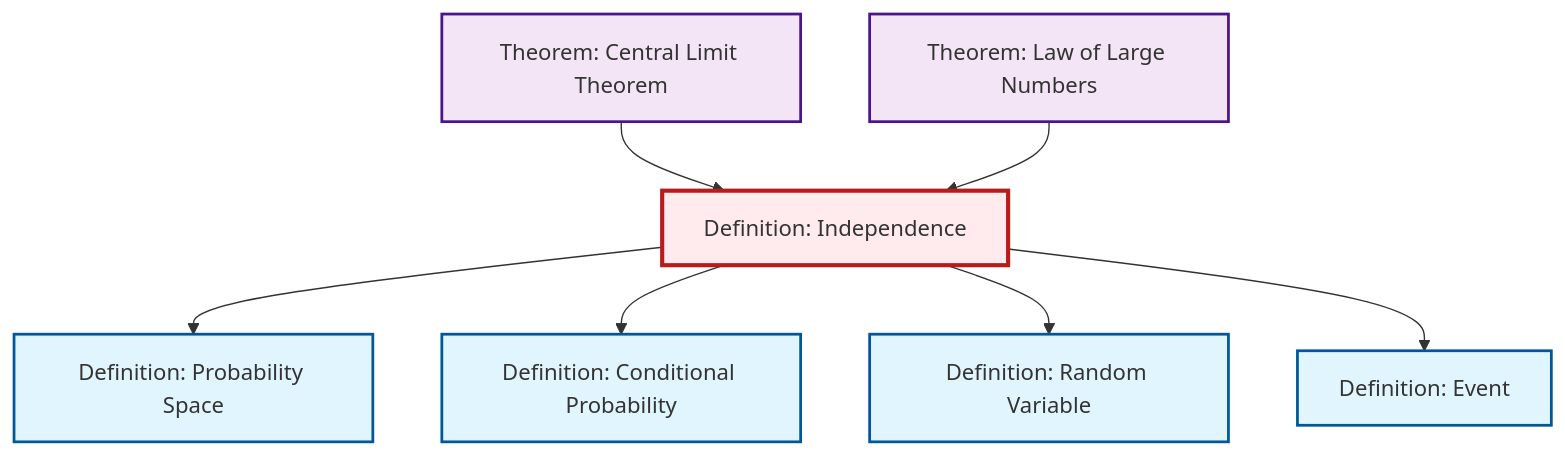
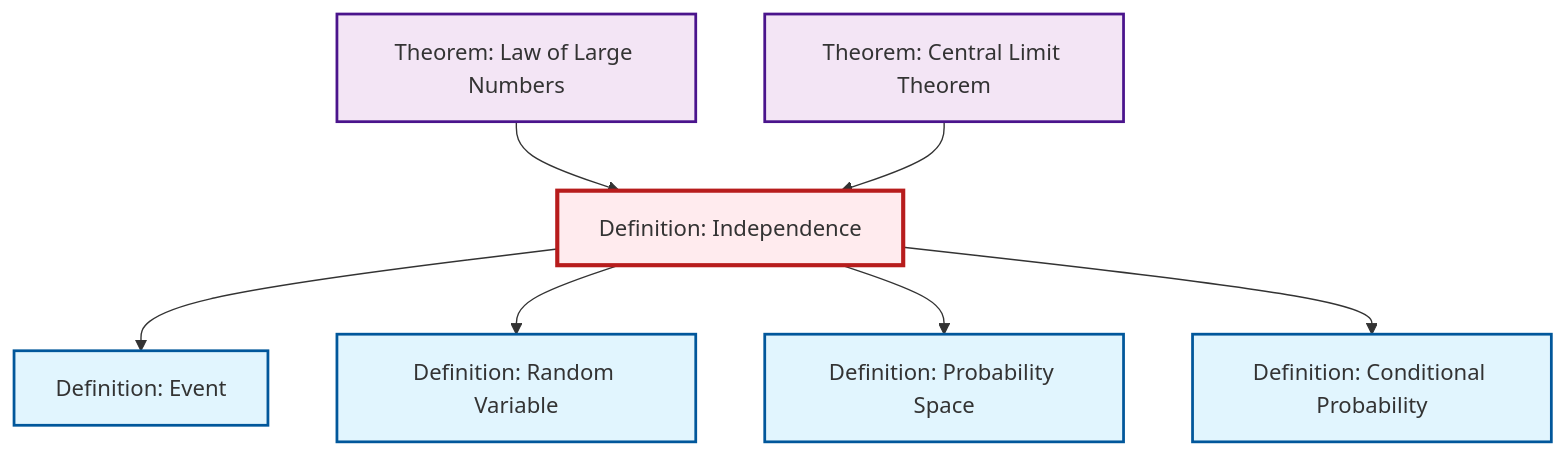
The diagram in content/en/probability-statistics/def-independence.qmd (RK0429/ModernMath), drawn with Mermaid before and after one commit. The commit also changed other lines of this file and 554 other files, not shown here.

````diff
--- a/content/en/probability-statistics/def-independence.qmd
+++ b/content/en/probability-statistics/def-independence.qmd
@@ -113,29 +113,29 @@
 ```{mermaid}
 %%| fig-cap: "Local dependency graph"
 graph TD
     classDef definition fill:#e1f5fe,stroke:#01579b,stroke-width:2px
     classDef theorem fill:#f3e5f5,stroke:#4a148c,stroke-width:2px
     classDef axiom fill:#fff3e0,stroke:#e65100,stroke-width:2px
     classDef example fill:#e8f5e9,stroke:#1b5e20,stroke-width:2px
     classDef current fill:#ffebee,stroke:#b71c1c,stroke-width:3px
+    def-event["Definition: Event"]:::definition
     def-random-variable["Definition: Random Variable"]:::definition
     thm-law-of-large-numbers["Theorem: Law of Large Numbers"]:::theorem
     def-probability-space["Definition: Probability Space"]:::definition
-    def-event["Definition: Event"]:::definition
+    thm-central-limit["Theorem: Central Limit Theorem"]:::theorem
+    def-independence["Definition: Independence"]:::definition
     def-conditional-probability["Definition: Conditional Probability"]:::definition
-    def-independence["Definition: Independence"]:::definition
-    thm-central-limit["Theorem: Central Limit Theorem"]:::theorem
-    def-independence --> def-probability-space
-    def-independence --> def-conditional-probability
-    thm-central-limit --> def-independence
+    def-independence --> def-event
     thm-law-of-large-numbers --> def-independence
     def-independence --> def-random-variable
-    def-independence --> def-event
+    def-independence --> def-probability-space
+    thm-central-limit --> def-independence
+    def-independence --> def-conditional-probability
     class def-independence current
+    click def-event "def-event.html" "Go to Event definition"
     click def-random-variable "def-random-variable.html" "Go to Random Variable definition"
     click thm-law-of-large-numbers "thm-law-of-large-numbers.html" "Go to Law of Large Numbers theorem"
     click def-probability-space "def-probability-space.html" "Go to Probability Space definition"
-    click def-event "def-event.html" "Go to Event definition"
+    click thm-central-limit "thm-central-limit.html" "Go to Central Limit Theorem theorem"
     click def-conditional-probability "def-conditional-probability.html" "Go to Conditional Probability definition"
-    click thm-central-limit "thm-central-limit.html" "Go to Central Limit Theorem theorem"
 ```
````
